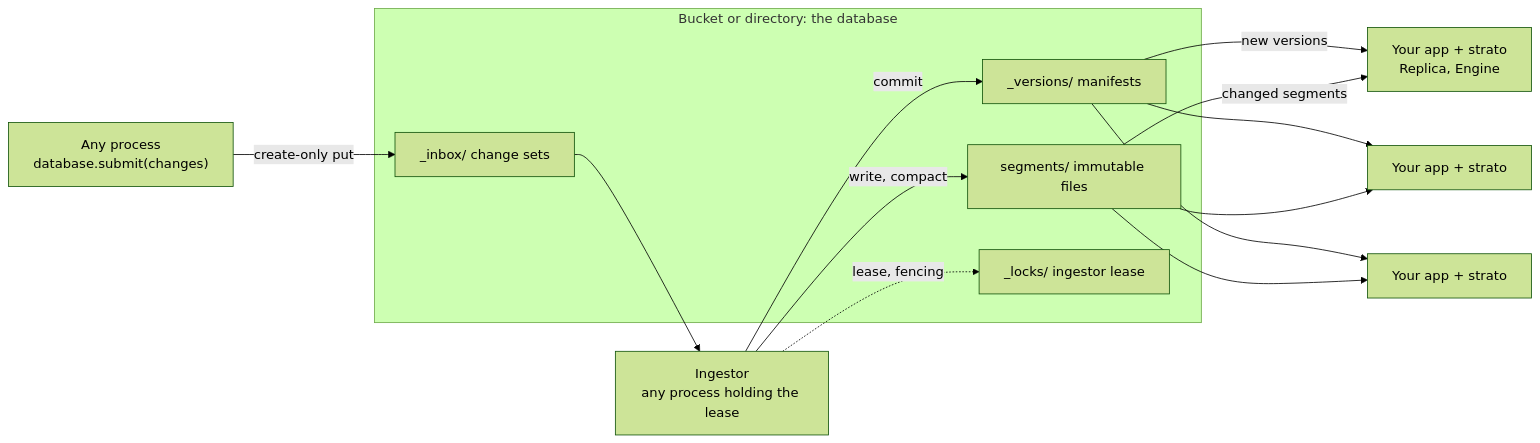
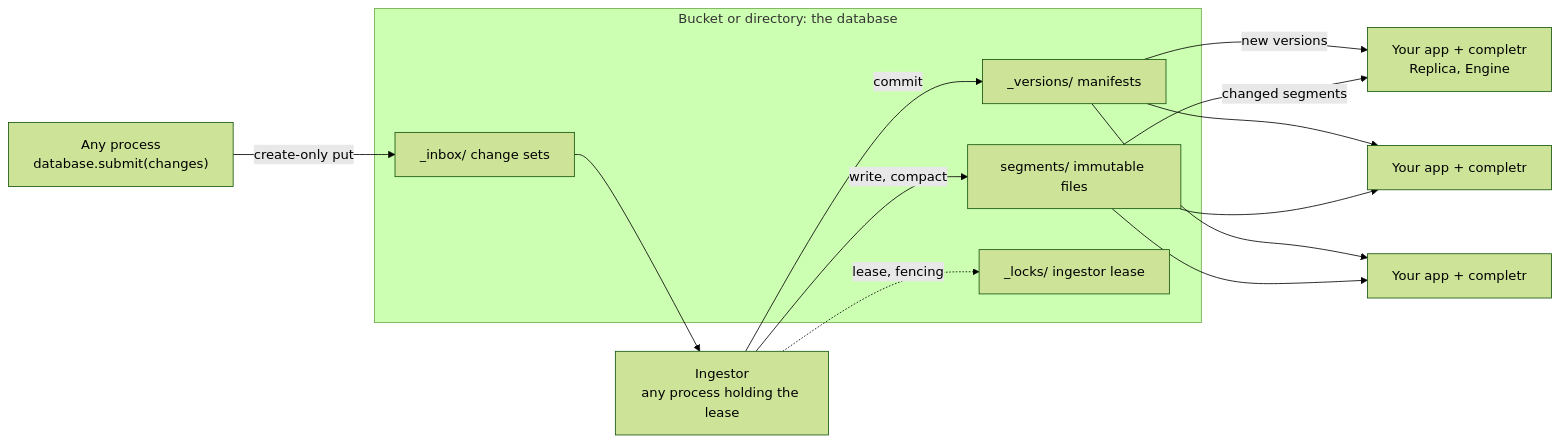
One commit to sayef/completr changed the diagram in README.md. Above: the diagram before and after it, drawn with Mermaid (forest theme). The commit also changed other lines of this file and 146 other files, not shown here.

Commit message:
Rename strato to completr

````diff
--- a/README.md
+++ b/README.md
@@ -63,20 +63,20 @@
 ```mermaid
 flowchart LR
     P["Any process<br/>database.submit(changes)"] -- "create-only put" --> I
     subgraph B["Bucket or directory: the database"]
         I["_inbox/ change sets"]
         M["_versions/ manifests"]
         S["segments/ immutable files"]
         L["_locks/ ingestor lease"]
     end
     I --> W["Ingestor<br/>any process holding the lease"]
     W -- "commit" --> M
     W -- "write, compact" --> S
     W -. "lease, fencing" .-> L
-    M -- "new versions" --> F1["Your app + strato<br/>Replica, Engine"]
+    M -- "new versions" --> F1["Your app + completr<br/>Replica, Engine"]
     S -- "changed segments" --> F1
-    M --> F2["Your app + strato"]
+    M --> F2["Your app + completr"]
     S --> F2
-    M --> F3["Your app + strato"]
+    M --> F3["Your app + completr"]
     S --> F3
 ```
````
